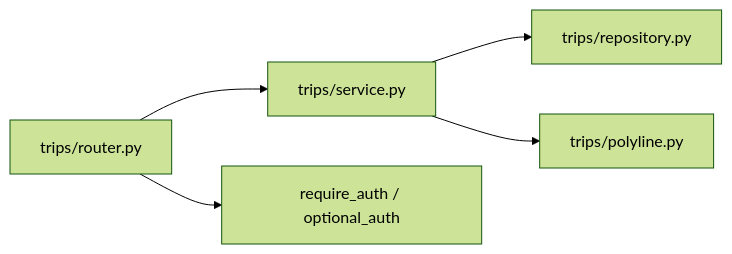
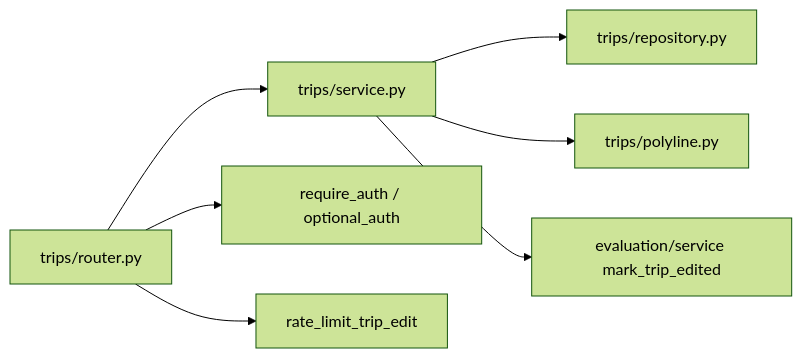
Diagram 11 of 11 in docs/manual/04-imports-and-wiring.md (RudraPramanik/agentic-guide-system), drawn with Mermaid (forest theme) before and after one commit. The commit also changed other lines of this file and 19 other files, not shown here.

````diff
--- a/docs/manual/04-imports-and-wiring.md
+++ b/docs/manual/04-imports-and-wiring.md
@@ -268,7 +268,9 @@
 ```mermaid
 flowchart LR
   TR[trips/router.py] --> TS[trips/service.py]
   TS --> TREP[trips/repository.py]
   TS --> POLY[trips/polyline.py]
   TR --> AUTH[require_auth / optional_auth]
+  TR --> RL[rate_limit_trip_edit]
+  TS --> EV[evaluation/service mark_trip_edited]
 ```
````
